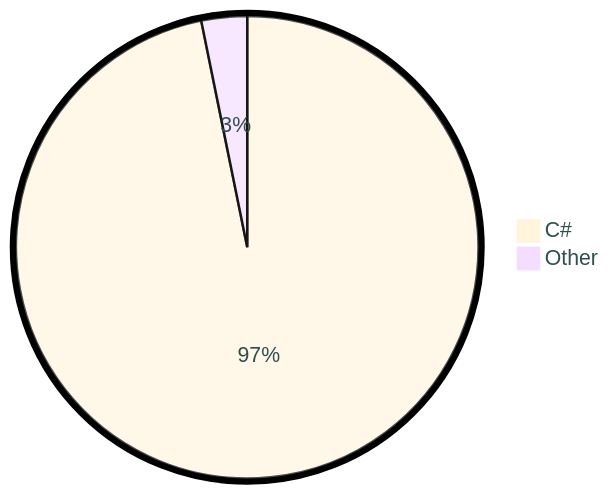
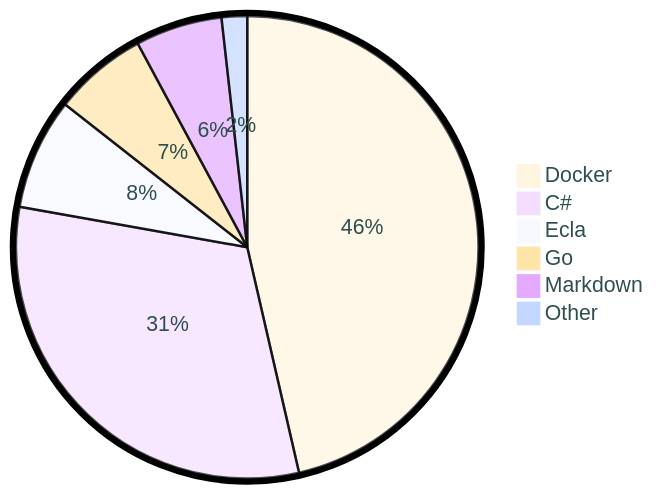
One commit to tot0p/tot0p changed the diagram in README.md. Above: the diagram before and after it, drawn with Mermaid. The commit also changed other lines of this file, not shown here.

````diff
--- a/README.md
+++ b/README.md
@@ -69,6 +75,10 @@
 ```mermaid
 %%{init: {"pie": {"textPosition": 0.5}, "themeVariables": {"pieOuterStrokeWidth": "5px","primaryTextColor" : "#2F4F4F"},"theme":"base"} }%%
 pie
-	"C#": 96.81
-	"Other": 3.19
+	"Docker": 46.41
+	"C#": 31.4
+	"Ecla": 7.78
+	"Go": 6.57
+	"Markdown": 6.07
+	"Other": 1.7800000000000002
 ```
````
